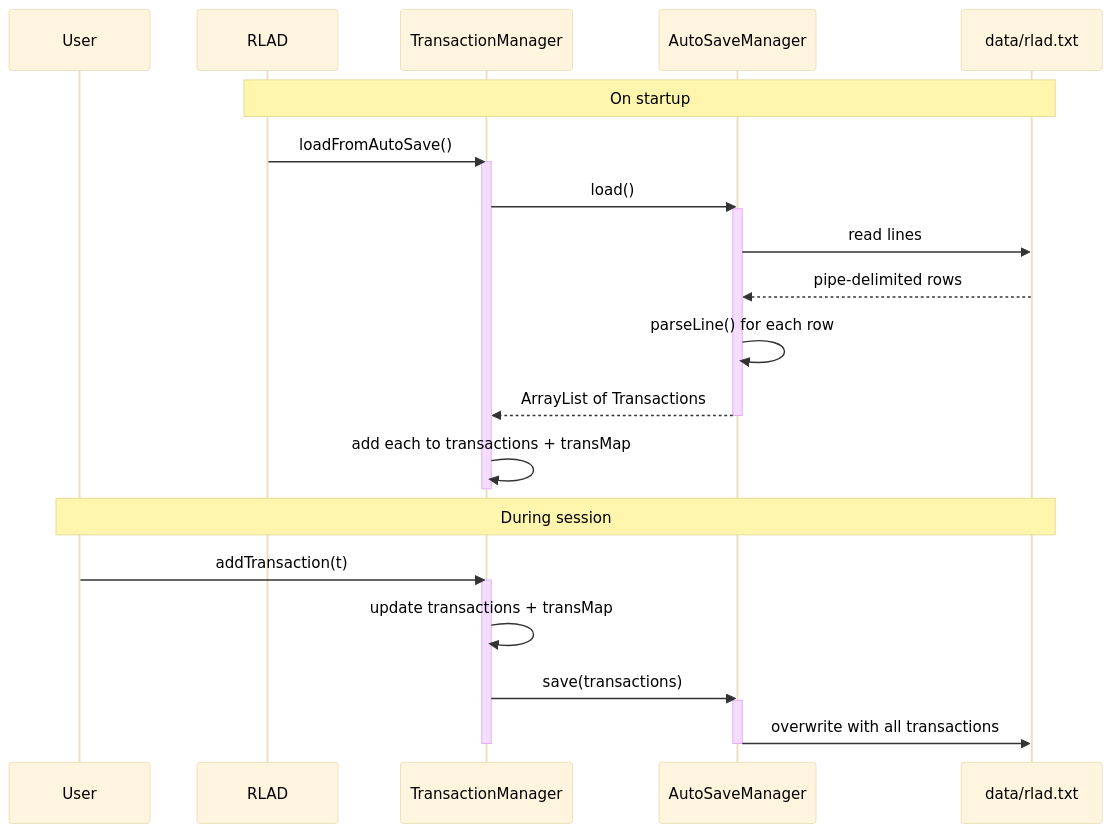
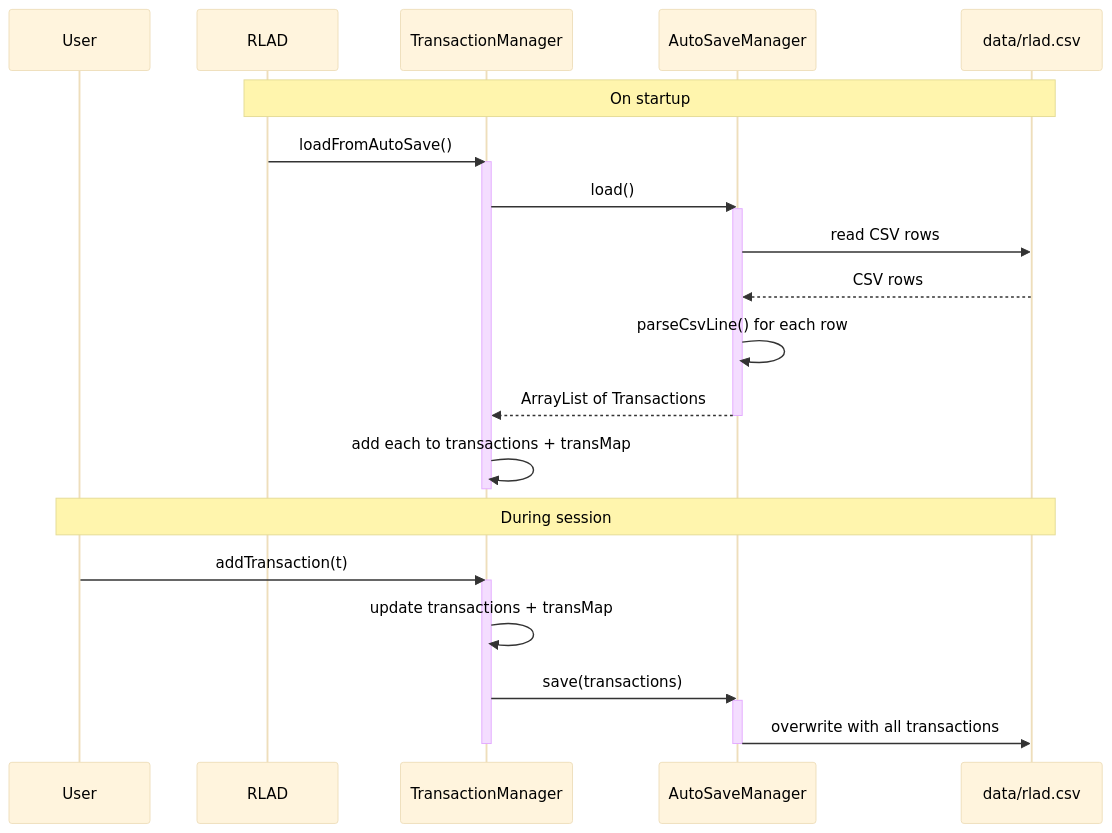
Before and after one commit to Roshan-Alagar/tp: diagram 17 of 18 in docs/DeveloperGuide.md, drawn with Mermaid. The commit also changed other lines of this file and 1 other file, not shown here.

Commit message:
Fix stale rlad.txt refs and incorrect amount rounding claim in UG/DG

````diff
--- a/docs/DeveloperGuide.md
+++ b/docs/DeveloperGuide.md
@@ -1189,32 +1189,32 @@
 ```mermaid
 %%{init: {"theme": "base", "themeVariables": {"fontSize": "16px", "fontFamily": "arial", "lineColor": "#333333", "textColor": "#000000", "actorTextColor": "#000000", "signalColor": "#333333", "signalTextColor": "#000000", "noteBkgColor": "#fff5ad", "noteTextColor": "#000000", "labelTextColor": "#000000"}}}%%
 sequenceDiagram
     participant User
     participant RLAD
     participant TM as TransactionManager
     participant ASM as AutoSaveManager
-    participant File as data/rlad.txt
+    participant File as data/rlad.csv
 
     Note over RLAD, File: On startup
     RLAD->>TM: loadFromAutoSave()
     activate TM
     TM->>ASM: load()
     activate ASM
-    ASM->>File: read lines
-    File-->>ASM: pipe-delimited rows
-    ASM->>ASM: parseLine() for each row
+    ASM->>File: read CSV rows
+    File-->>ASM: CSV rows
+    ASM->>ASM: parseCsvLine() for each row
     ASM-->>TM: ArrayList of Transactions
     deactivate ASM
     TM->>TM: add each to transactions + transMap
     deactivate TM
 
     Note over User, File: During session
     User->>TM: addTransaction(t)
     activate TM
     TM->>TM: update transactions + transMap
     TM->>ASM: save(transactions)
     activate ASM
     ASM->>File: overwrite with all transactions
     deactivate ASM
     deactivate TM
 ```
````
